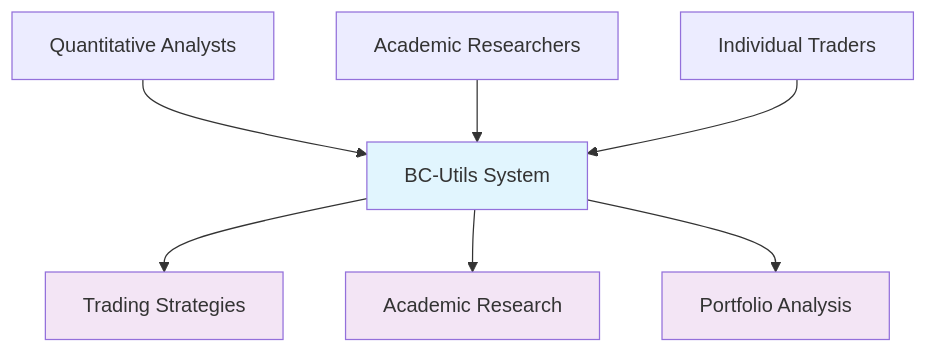
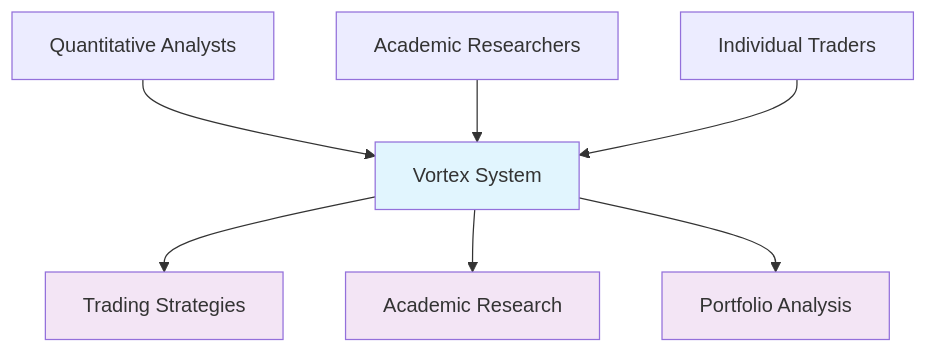
Before and after one commit to makutaku/vortex: the first of 6 diagrams in docs/design/hld/01-system-overview.md, drawn with Mermaid. The commit also changed other lines of this file and 18 other files, not shown here.

First line of the commit message:
Rename project from bc-utils to Vortex

````diff
--- a/docs/design/hld/01-system-overview.md
+++ b/docs/design/hld/01-system-overview.md
@@ -28,15 +28,15 @@
 ```mermaid
 graph TB
-    Analysts[Quantitative Analysts] --> BCU[BC-Utils System]
-    Researchers[Academic Researchers] --> BCU
-    Traders[Individual Traders] --> BCU
+    Analysts[Quantitative Analysts] --> VTX[Vortex System]
+    Researchers[Academic Researchers] --> VTX
+    Traders[Individual Traders] --> VTX
     
-    BCU --> Strategies[Trading Strategies]
-    BCU --> Research[Academic Research]
-    BCU --> Backtesting[Portfolio Analysis]
+    VTX --> Strategies[Trading Strategies]
+    VTX --> Research[Academic Research]
+    VTX --> Backtesting[Portfolio Analysis]
     
-    style BCU fill:#e1f5fe
+    style VTX fill:#e1f5fe
     style Strategies fill:#f3e5f5
     style Research fill:#f3e5f5
     style Backtesting fill:#f3e5f5
 ```
````
